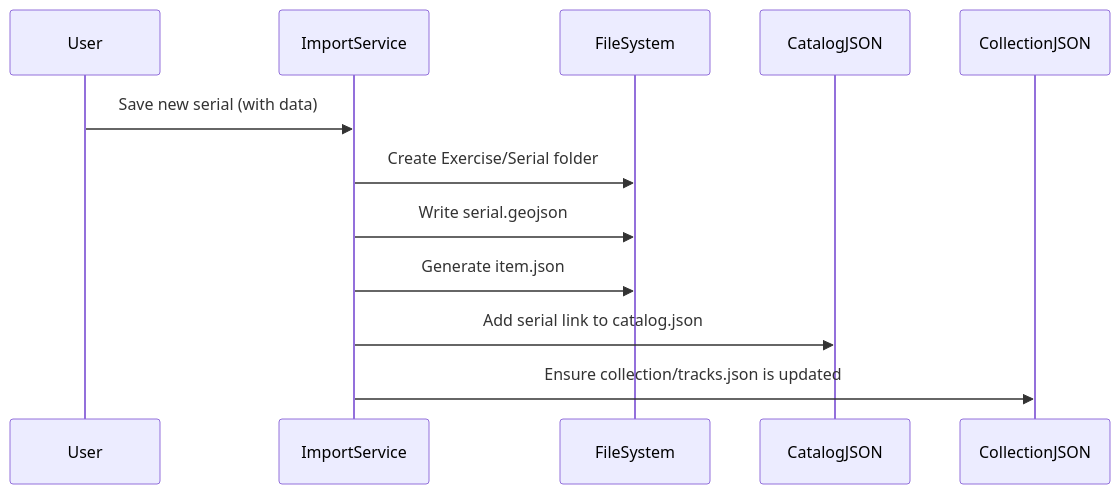
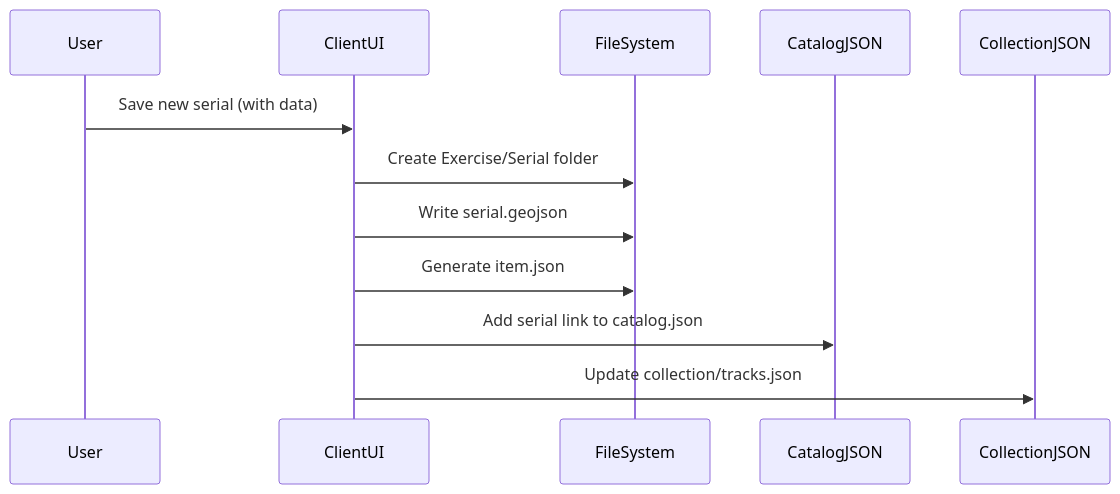
One commit to debrief/debrief.github.io changed the second of 6 diagrams in future/sub-systems/stac_server_static.md. Above: the diagram before and after it, drawn with Mermaid. The commit also changed other lines of this file, not shown here.

Commit message:
update diagrams

```diff
--- a/future/sub-systems/stac_server_static.md
+++ b/future/sub-systems/stac_server_static.md
@@ -136,15 +136,15 @@
 <div class="mermaid">
 sequenceDiagram
     participant User
-    participant ImportService
+    participant ClientUI
     participant FileSystem
     participant CatalogJSON
     participant CollectionJSON
 
-    User->>ImportService: Save new serial (with data)
-    ImportService->>FileSystem: Create Exercise/Serial folder
-    ImportService->>FileSystem: Write serial.geojson
-    ImportService->>FileSystem: Generate item.json
-    ImportService->>CatalogJSON: Add serial link to catalog.json
-    ImportService->>CollectionJSON: Ensure collection/tracks.json is updated
+    User->>ClientUI: Save new serial (with data)
+    ClientUI->>FileSystem: Create Exercise/Serial folder
+    ClientUI->>FileSystem: Write serial.geojson
+    ClientUI->>FileSystem: Generate item.json
+    ClientUI->>CatalogJSON: Add serial link to catalog.json
+    ClientUI->>CollectionJSON: Update collection/tracks.json
 </div>
```
